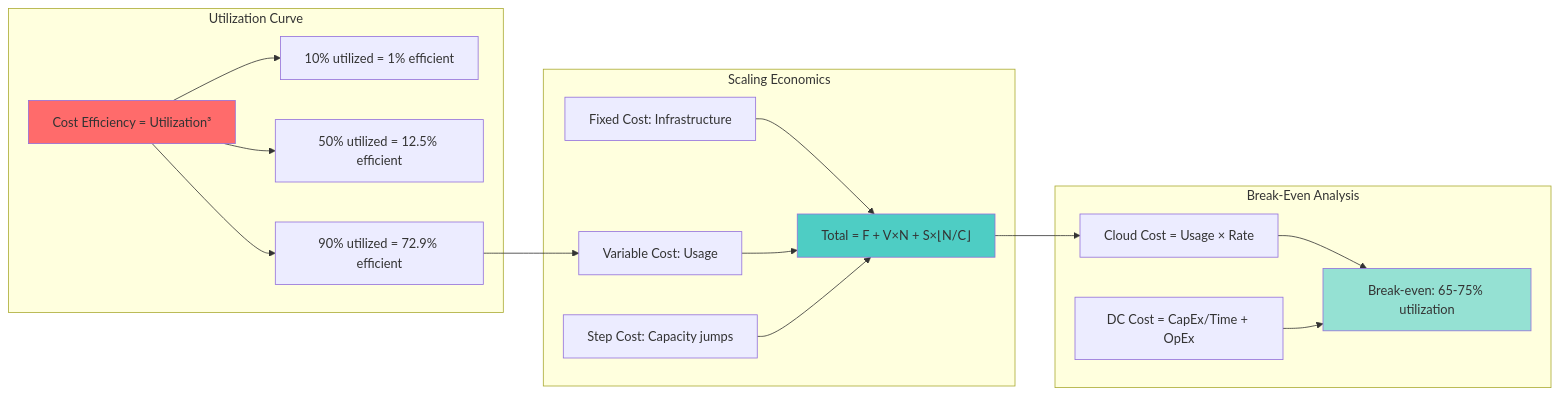
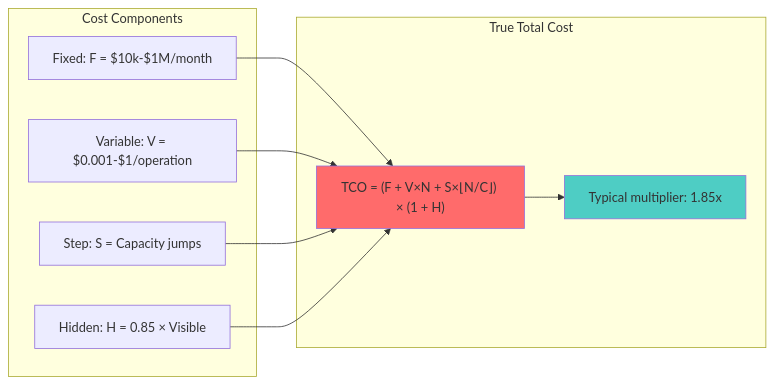
The tenth of 12 diagrams in docs/core-principles/laws/economic-reality.md (deepaucksharma/DStudio), drawn with Mermaid before and after one commit. The commit also changed other lines of this file and 498 other files, not shown here.

First line of the commit message:
feat: comprehensive knowledge graph quality improvements

````diff
--- a/docs/core-principles/laws/economic-reality.md
+++ b/docs/core-principles/laws/economic-reality.md
@@ -98,32 +1246,19 @@
 ```mermaid
 graph LR
-    subgraph "Utilization Curve"
-        U1[Cost Efficiency = Utilization³]
-        U2[10% utilized = 1% efficient]
-        U3[50% utilized = 12.5% efficient]
-        U4[90% utilized = 72.9% efficient]
-        U1 --> U2 & U3 & U4
+    subgraph "Cost Components"
+        F1["Fixed: F = $10k-$1M/month"]
+        V1["Variable: V = $0.001-$1/operation"]
+        S1["Step: S = Capacity jumps"]
+        H1["Hidden: H = 0.85 × Visible"]
     end
     
-    subgraph "Scaling Economics"
-        S1[Fixed Cost: Infrastructure]
-        S2[Variable Cost: Usage]
-        S3[Step Cost: Capacity jumps]
-        S4[Total = F + V×N + S×⌊N/C⌋]
-        S1 & S2 & S3 --> S4
+    subgraph "True Total Cost"
+        T1["TCO = (F + V×N + S×⌊N/C⌋) × (1 + H)"]
+        T2["Typical multiplier: 1.85x"]
     end
     
-    subgraph "Break-Even Analysis"
-        B1[Cloud Cost = Usage × Rate]
-        B2[DC Cost = CapEx/Time + OpEx]
-        B3[Break-even: 65-75% utilization]
-        B1 & B2 --> B3
-    end
+    F1 & V1 & S1 & H1 --> T1 --> T2
     
-    U4 --> S2
-    S4 --> B1
-    
-    style U1 fill:#ff6b6b
-    style S4 fill:#4ecdc4
-    style B3 fill:#95e1d3
+    style T1 fill:#ff6b6b
+    style T2 fill:#4ecdc4
 ```
````
